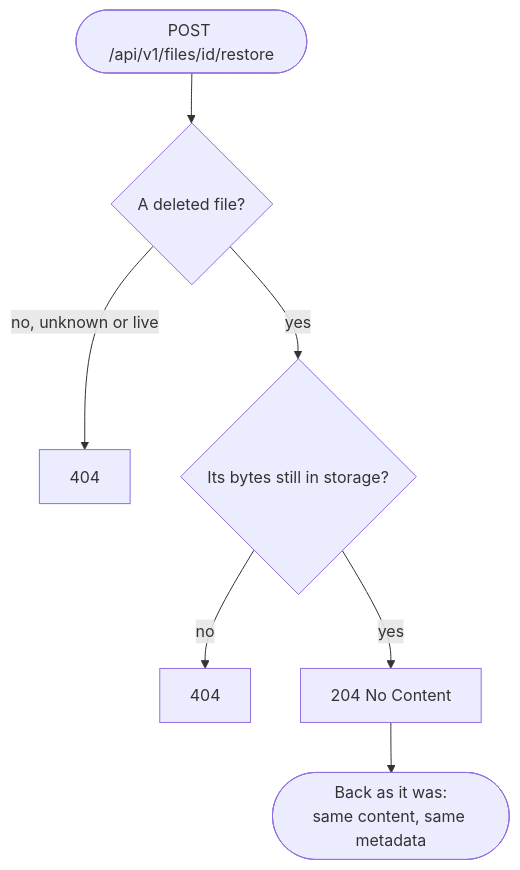
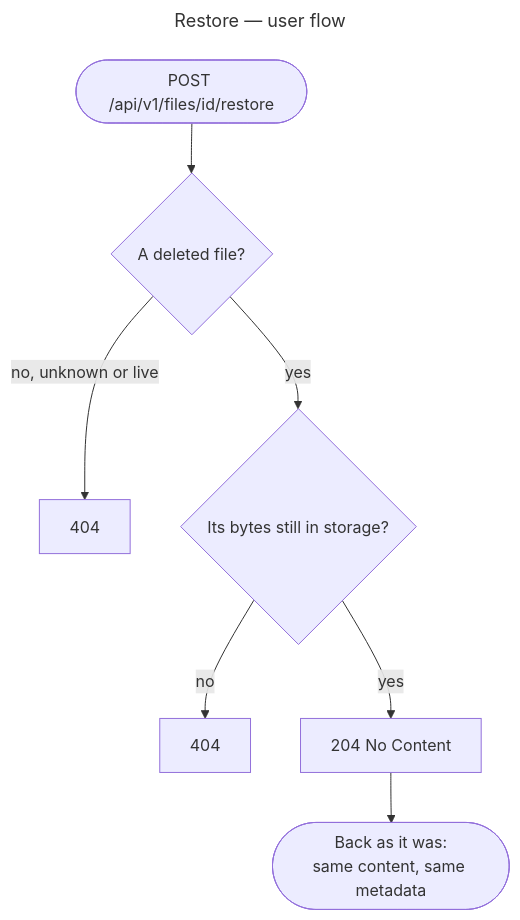
Before and after one commit to gmetskhvarishvili/GM.FileStorage.Samples: the ninth of 11 diagrams in docs/user-flows.md, drawn with Mermaid. The commit also changed other lines of this file and 7 other files, not shown here.

First line of the commit message:
docs: name every diagram "subject — kind" and index them

````diff
--- a/docs/user-flows.md
+++ b/docs/user-flows.md
@@ -144,9 +171,12 @@
 ```mermaid
+---
+title: Restore — user flow
+---
 flowchart TD
     start([POST /api/v1/files/id/restore]) --> deleted{A deleted file?}
     deleted -- no, unknown or live --> f404[404]
     deleted -- yes --> bytes{Its bytes still in storage?}
     bytes -- no --> b404[404]
     bytes -- yes --> ok[204 No Content]
     ok --> after([Back as it was:<br/>same content, same metadata])
 ```
````
